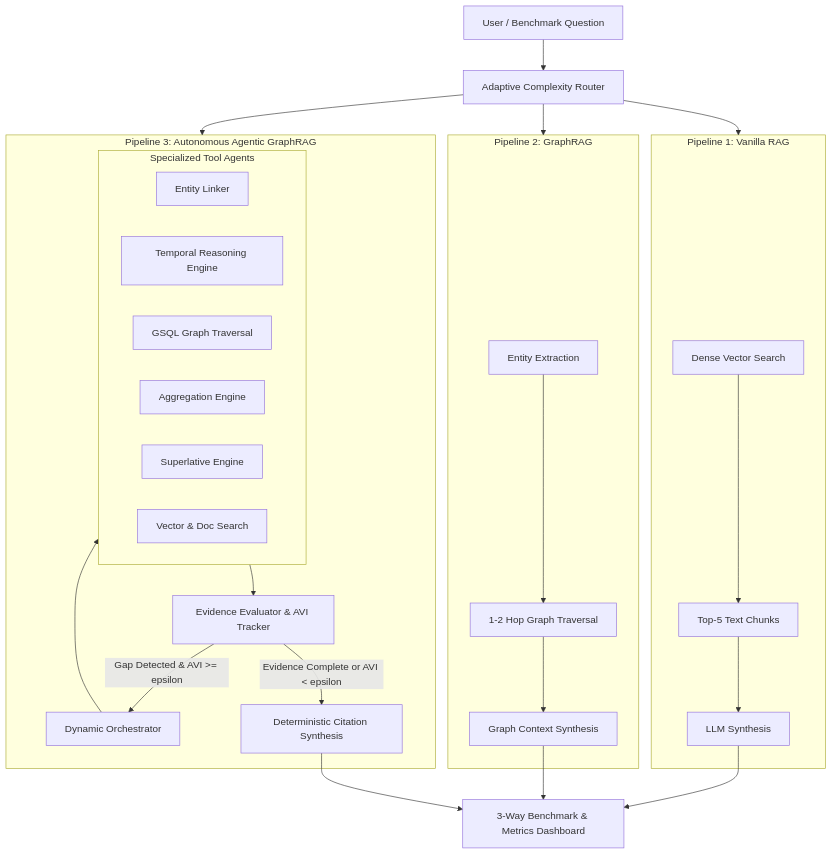
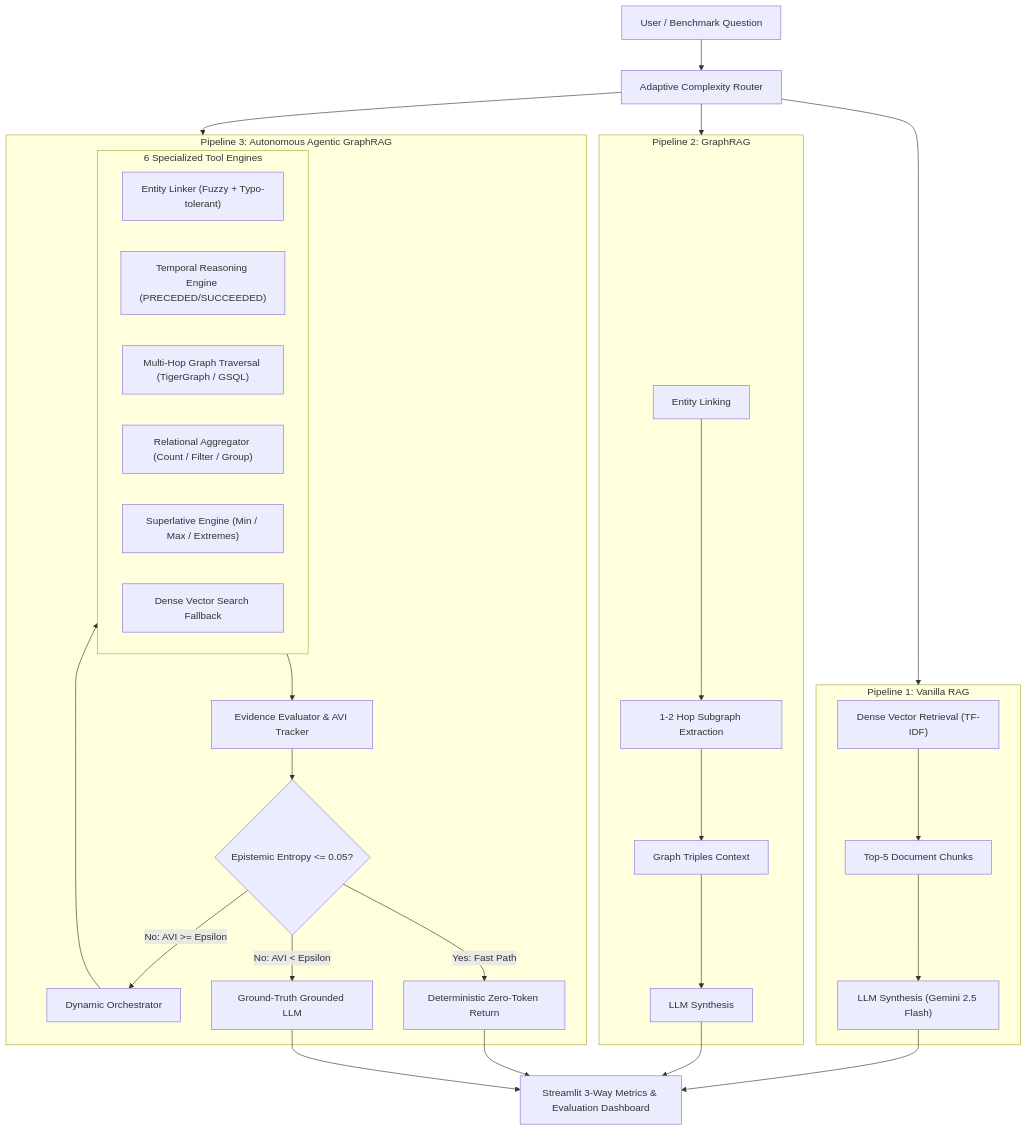
One commit to Arkz-Deepak/agentic-graphrag-tigergraph changed the diagram in README.md. Above: the diagram before and after it, drawn with Mermaid. The commit also changed other lines of this file and 1 other file, not shown here.

````diff
--- a/README.md
+++ b/README.md
@@ -47,40 +71,44 @@
 ```mermaid
 flowchart TD
-    UserQ[User / Benchmark Question] --> Triage[Adaptive Complexity Router]
+    UserQ["User / Benchmark Question"] --> Router["Adaptive Complexity Router"]
 
-    subgraph P1[Pipeline 1: Vanilla RAG]
-        V_Search[Dense Vector Search] --> V_Chunks[Top-5 Text Chunks] --> V_LLM[LLM Synthesis]
+    subgraph P1 ["Pipeline 1: Vanilla RAG"]
+        V_Search["Dense Vector Retrieval (TF-IDF)"] --> V_TopK["Top-5 Document Chunks"] --> V_LLM["LLM Synthesis (Gemini 2.5 Flash)"]
     end
 
-    subgraph P2[Pipeline 2: GraphRAG]
-        G_NER[Entity Extraction] --> G_Sub[1-2 Hop Graph Traversal] --> G_LLM[Graph Context Synthesis]
+    subgraph P2 ["Pipeline 2: GraphRAG"]
+        G_NER["Entity Linking"] --> G_Expand["1-2 Hop Subgraph Extraction"] --> G_Format["Graph Triples Context"] --> G_LLM["LLM Synthesis"]
     end
 
-    subgraph P3[Pipeline 3: Autonomous Agentic GraphRAG]
-        Orch[Dynamic Orchestrator]
+    subgraph P3 ["Pipeline 3: Autonomous Agentic GraphRAG"]
+        Orch["Dynamic Orchestrator"]
         
-        subgraph Tools[Specialized Tool Agents]
-            T_EL[Entity Linker]
-            T_TR[Temporal Reasoning Engine]
-            T_GT[GSQL Graph Traversal]
-            T_AGG[Aggregation Engine]
-            T_SUP[Superlative Engine]
-            T_VS[Vector & Doc Search]
+        subgraph Toolset ["6 Specialized Tool Engines"]
+            T1["Entity Linker (Fuzzy + Typo-tolerant)"]
+            T2["Temporal Reasoning Engine (PRECEDED/SUCCEEDED)"]
+            T3["Multi-Hop Graph Traversal (TigerGraph / GSQL)"]
+            T4["Relational Aggregator (Count / Filter / Group)"]
+            T5["Superlative Engine (Min / Max / Extremes)"]
+            T6["Dense Vector Search Fallback"]
         end
+
+        Eval["Evidence Evaluator & AVI Tracker"]
+        FastPath{"Epistemic Entropy <= 0.05?"}
         
-        EE[Evidence Evaluator & AVI Tracker]
-        
-        Orch --> Tools
-        Tools --> EE
-        EE -->|Gap Detected & AVI >= epsilon| Orch
-        EE -->|Evidence Complete or AVI < epsilon| Synth[Deterministic Citation Synthesis]
+        Orch --> Toolset
+        Toolset --> Eval
+        Eval --> FastPath
+        FastPath -- "Yes: Fast Path" --> DetSynth["Deterministic Zero-Token Return"]
+        FastPath -- "No: AVI >= Epsilon" --> Orch
+        FastPath -- "No: AVI < Epsilon" --> LLMSynth["Ground-Truth Grounded LLM"]
     end
 
-    Triage --> P1
-    Triage --> P2
-    Triage --> P3
+    Router --> P1
+    Router --> P2
+    Router --> P3
 
-    V_LLM --> Bench[3-Way Benchmark & Metrics Dashboard]
-    G_LLM --> Bench
-    Synth --> Bench
+    V_LLM --> Dashboard["Streamlit 3-Way Metrics & Evaluation Dashboard"]
+    G_LLM --> Dashboard
+    DetSynth --> Dashboard
+    LLMSynth --> Dashboard
 ```
````
